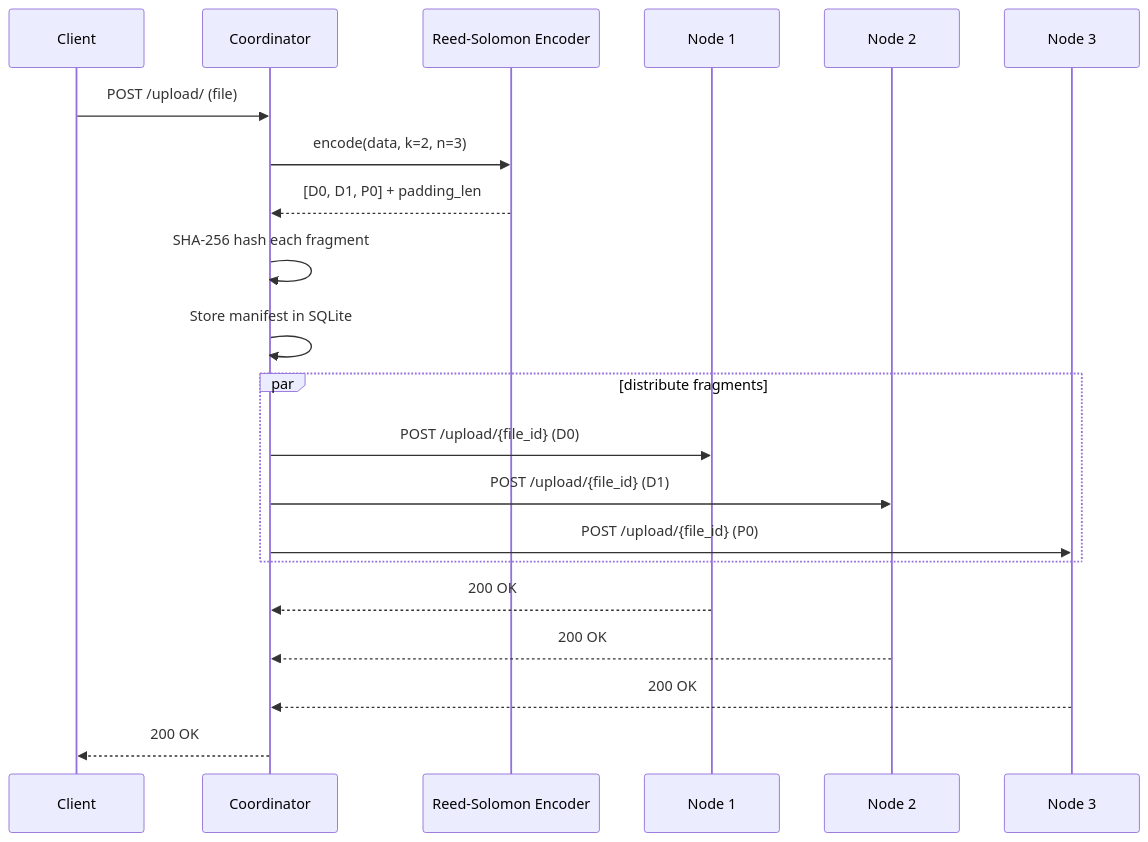
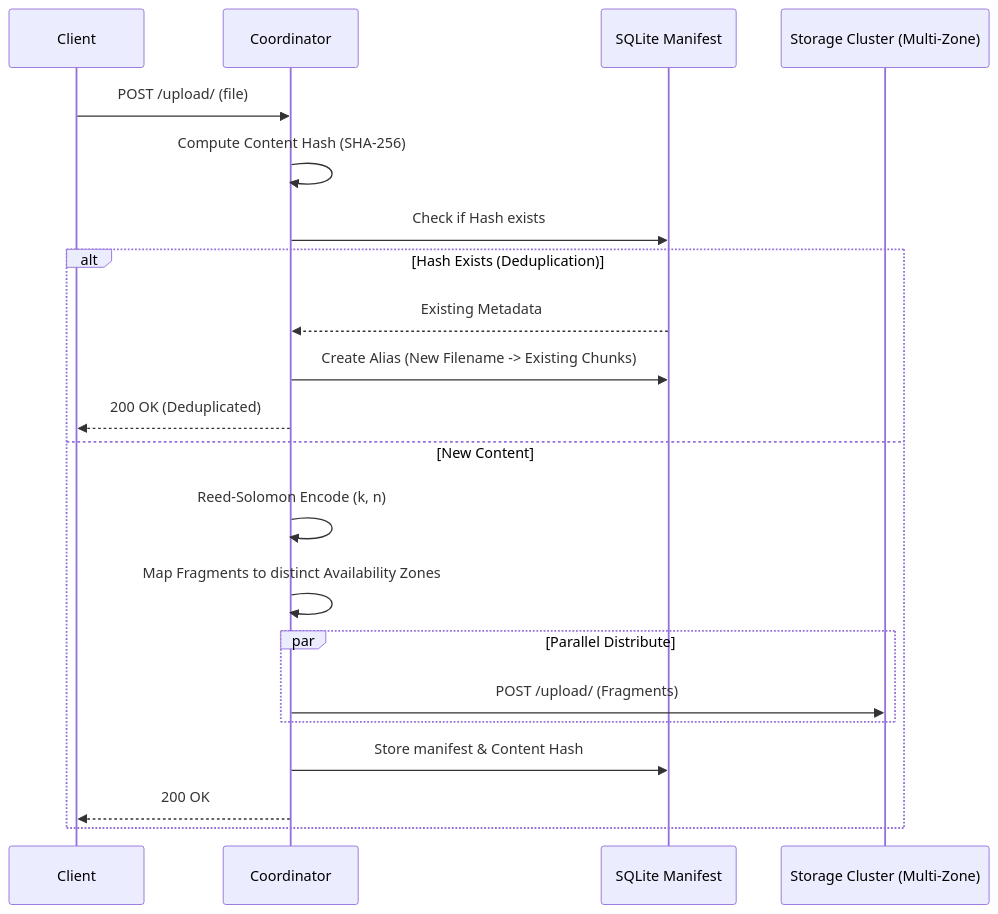
One commit to kaushik-3009/distributed-object-store changed the first of 2 diagrams in README.md. Above: the diagram before and after it, drawn with Mermaid. The commit also changed other lines of this file and 2 other files, not shown here.

````diff
--- a/README.md
+++ b/README.md
@@ -13,24 +20,24 @@
 ```mermaid
 sequenceDiagram
     participant C as Client
     participant Coord as Coordinator
-    participant EC as Reed-Solomon Encoder
-    participant N1 as Node 1
-    participant N2 as Node 2
-    participant N3 as Node 3
+    participant DB as SQLite Manifest
+    participant Nodes as Storage Cluster (Multi-Zone)
 
     C->>Coord: POST /upload/ (file)
-    Coord->>EC: encode(data, k=2, n=3)
-    EC-->>Coord: [D0, D1, P0] + padding_len
-    Coord->>Coord: SHA-256 hash each fragment
-    Coord->>Coord: Store manifest in SQLite
-    par distribute fragments
-        Coord->>N1: POST /upload/{file_id} (D0)
-        Coord->>N2: POST /upload/{file_id} (D1)
-        Coord->>N3: POST /upload/{file_id} (P0)
+    Coord->>Coord: Compute Content Hash (SHA-256)
+    Coord->>DB: Check if Hash exists
+    alt Hash Exists (Deduplication)
+        DB-->>Coord: Existing Metadata
+        Coord->>DB: Create Alias (New Filename -> Existing Chunks)
+        Coord-->>C: 200 OK (Deduplicated)
+    else New Content
+        Coord->>Coord: Reed-Solomon Encode (k, n)
+        Coord->>Coord: Map Fragments to distinct Availability Zones
+        par Parallel Distribute
+            Coord->>Nodes: POST /upload/ (Fragments)
+        end
+        Coord->>DB: Store manifest & Content Hash
+        Coord-->>C: 200 OK
     end
-    N1-->>Coord: 200 OK
-    N2-->>Coord: 200 OK
-    N3-->>Coord: 200 OK
-    Coord-->>C: 200 OK
 ```
````
